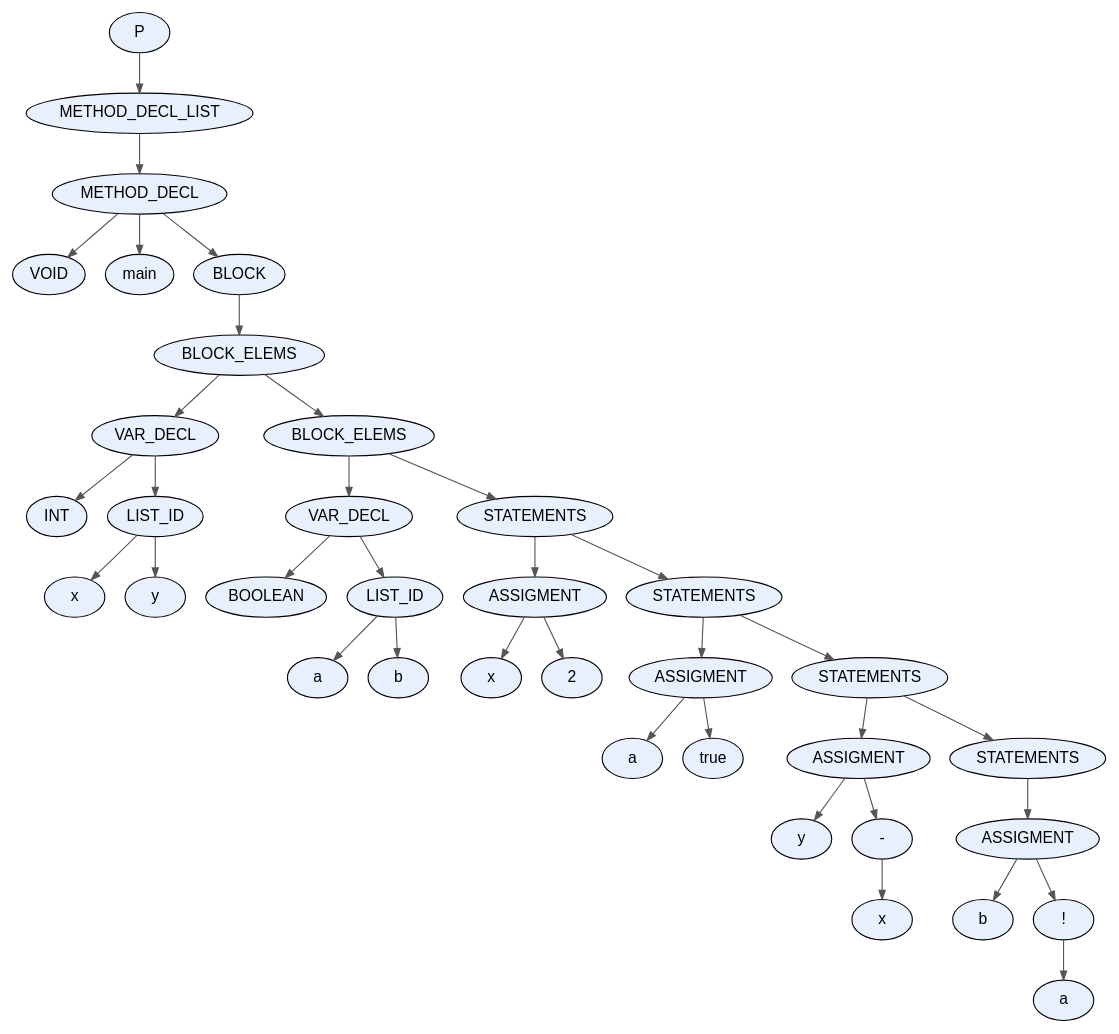
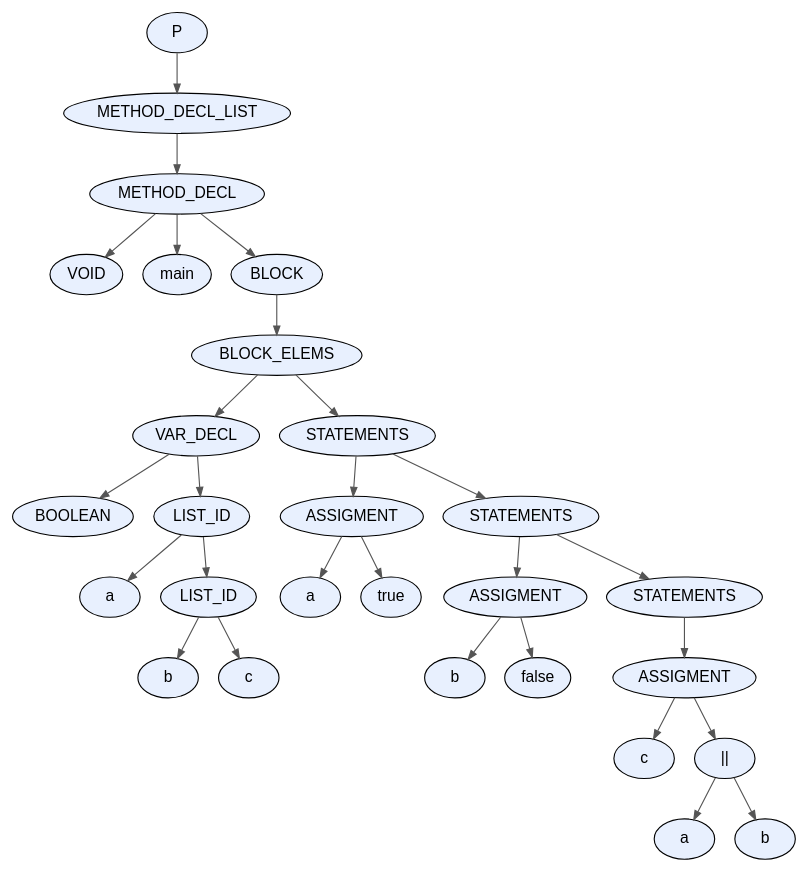
The diagram in proyecto/dot_files/test36.dot (facundo-dario-loser/TDS2026), drawn with Graphviz before and after one commit. The commit also changed 12 other files, not shown here.

```diff
--- a/proyecto/dot_files/test36.dot
+++ b/proyecto/dot_files/test36.dot
@@ -1,75 +1,59 @@
 digraph AST {
   node [fontname="Arial"];
   edge [arrowsize=0.8, color="#555555"];
-  "node_0x5b6b099d26d0" [label="P", style=filled, fillcolor="#E8F0FE", shape=ellipse, style="rounded,filled"];
-  "node_0x5b6b099d26d0" -> "node_0x5b6b099d2680";
-  "node_0x5b6b099d2680" [label="METHOD_DECL_LIST", style=filled, fillcolor="#E8F0FE", shape=ellipse, style="rounded,filled"];
-  "node_0x5b6b099d2680" -> "node_0x5b6b099d2630";
-  "node_0x5b6b099d2630" [label="METHOD_DECL", style=filled, fillcolor="#E8F0FE", shape=ellipse, style="rounded,filled"];
-  "node_0x5b6b099d2630" -> "node_0x5b6b099d2570";
-  "node_0x5b6b099d2570" [label="VOID", style=filled, fillcolor="#E8F0FE", shape=ellipse, style="rounded,filled"];
-  "node_0x5b6b099d2630" -> "node_0x5b6b099d25c0";
-  "node_0x5b6b099d25c0" [label="main", style=filled, fillcolor="#E8F0FE", shape=ellipse, style="rounded,filled"];
-  "node_0x5b6b099d2630" -> "node_0x5b6b099d2520";
-  "node_0x5b6b099d2520" [label="BLOCK", style=filled, fillcolor="#E8F0FE", shape=ellipse, style="rounded,filled"];
-  "node_0x5b6b099d2520" -> "node_0x5b6b099d24d0";
-  "node_0x5b6b099d24d0" [label="BLOCK_ELEMS", style=filled, fillcolor="#E8F0FE", shape=ellipse, style="rounded,filled"];
-  "node_0x5b6b099d24d0" -> "node_0x5b6b099d1b00";
-  "node_0x5b6b099d1b00" [label="VAR_DECL", style=filled, fillcolor="#E8F0FE", shape=ellipse, style="rounded,filled"];
-  "node_0x5b6b099d1b00" -> "node_0x5b6b099d1940";
-  "node_0x5b6b099d1940" [label="INT", style=filled, fillcolor="#E8F0FE", shape=ellipse, style="rounded,filled"];
-  "node_0x5b6b099d1b00" -> "node_0x5b6b099d1ab0";
-  "node_0x5b6b099d1ab0" [label="LIST_ID", style=filled, fillcolor="#E8F0FE", shape=ellipse, style="rounded,filled"];
-  "node_0x5b6b099d1ab0" -> "node_0x5b6b099d1a40";
-  "node_0x5b6b099d1a40" [label="x", style=filled, fillcolor="#E8F0FE", shape=ellipse, style="rounded,filled"];
-  "node_0x5b6b099d1ab0" -> "node_0x5b6b099d19d0";
-  "node_0x5b6b099d19d0" [label="y", style=filled, fillcolor="#E8F0FE", shape=ellipse, style="rounded,filled"];
-  "node_0x5b6b099d24d0" -> "node_0x5b6b099d2480";
-  "node_0x5b6b099d2480" [label="BLOCK_ELEMS", style=filled, fillcolor="#E8F0FE", shape=ellipse, style="rounded,filled"];
-  "node_0x5b6b099d2480" -> "node_0x5b6b099d1d10";
-  "node_0x5b6b099d1d10" [label="VAR_DECL", style=filled, fillcolor="#E8F0FE", shape=ellipse, style="rounded,filled"];
-  "node_0x5b6b099d1d10" -> "node_0x5b6b099d1b50";
-  "node_0x5b6b099d1b50" [label="BOOLEAN", style=filled, fillcolor="#E8F0FE", shape=ellipse, style="rounded,filled"];
-  "node_0x5b6b099d1d10" -> "node_0x5b6b099d1cc0";
-  "node_0x5b6b099d1cc0" [label="LIST_ID", style=filled, fillcolor="#E8F0FE", shape=ellipse, style="rounded,filled"];
-  "node_0x5b6b099d1cc0" -> "node_0x5b6b099d1c50";
-  "node_0x5b6b099d1c50" [label="a", style=filled, fillcolor="#E8F0FE", shape=ellipse, style="rounded,filled"];
-  "node_0x5b6b099d1cc0" -> "node_0x5b6b099d1be0";
-  "node_0x5b6b099d1be0" [label="b", style=filled, fillcolor="#E8F0FE", shape=ellipse, style="rounded,filled"];
-  "node_0x5b6b099d2480" -> "node_0x5b6b099d2430";
-  "node_0x5b6b099d2430" [label="STATEMENTS", style=filled, fillcolor="#E8F0FE", shape=ellipse, style="rounded,filled"];
-  "node_0x5b6b099d2430" -> "node_0x5b6b099d1e40";
-  "node_0x5b6b099d1e40" [label="ASSIGMENT", style=filled, fillcolor="#E8F0FE", shape=ellipse, style="rounded,filled"];
-  "node_0x5b6b099d1e40" -> "node_0x5b6b099d1dd0";
-  "node_0x5b6b099d1dd0" [label="x", style=filled, fillcolor="#E8F0FE", shape=ellipse, style="rounded,filled"];
-  "node_0x5b6b099d1e40" -> "node_0x5b6b099d1d80";
-  "node_0x5b6b099d1d80" [label="2", style=filled, fillcolor="#E8F0FE", shape=ellipse, style="rounded,filled"];
-  "node_0x5b6b099d2430" -> "node_0x5b6b099d23e0";
-  "node_0x5b6b099d23e0" [label="STATEMENTS", style=filled, fillcolor="#E8F0FE", shape=ellipse, style="rounded,filled"];
-  "node_0x5b6b099d23e0" -> "node_0x5b6b099d1f70";
-  "node_0x5b6b099d1f70" [label="ASSIGMENT", style=filled, fillcolor="#E8F0FE", shape=ellipse, style="rounded,filled"];
-  "node_0x5b6b099d1f70" -> "node_0x5b6b099d1f00";
-  "node_0x5b6b099d1f00" [label="a", style=filled, fillcolor="#E8F0FE", shape=ellipse, style="rounded,filled"];
-  "node_0x5b6b099d1f70" -> "node_0x5b6b099d1eb0";
-  "node_0x5b6b099d1eb0" [label="true", style=filled, fillcolor="#E8F0FE", shape=ellipse, style="rounded,filled"];
-  "node_0x5b6b099d23e0" -> "node_0x5b6b099d2390";
-  "node_0x5b6b099d2390" [label="STATEMENTS", style=filled, fillcolor="#E8F0FE", shape=ellipse, style="rounded,filled"];
-  "node_0x5b6b099d2390" -> "node_0x5b6b099d2130";
-  "node_0x5b6b099d2130" [label="ASSIGMENT", style=filled, fillcolor="#E8F0FE", shape=ellipse, style="rounded,filled"];
-  "node_0x5b6b099d2130" -> "node_0x5b6b099d20c0";
-  "node_0x5b6b099d20c0" [label="y", style=filled, fillcolor="#E8F0FE", shape=ellipse, style="rounded,filled"];
-  "node_0x5b6b099d2130" -> "node_0x5b6b099d2070";
-  "node_0x5b6b099d2070" [label="-", style=filled, fillcolor="#E8F0FE", shape=ellipse, style="rounded,filled"];
-  "node_0x5b6b099d2070" -> "node_0x5b6b099d2000";
-  "node_0x5b6b099d2000" [label="x", style=filled, fillcolor="#E8F0FE", shape=ellipse, style="rounded,filled"];
-  "node_0x5b6b099d2390" -> "node_0x5b6b099d2340";
-  "node_0x5b6b099d2340" [label="STATEMENTS", style=filled, fillcolor="#E8F0FE", shape=ellipse, style="rounded,filled"];
-  "node_0x5b6b099d2340" -> "node_0x5b6b099d22f0";
-  "node_0x5b6b099d22f0" [label="ASSIGMENT", style=filled, fillcolor="#E8F0FE", shape=ellipse, style="rounded,filled"];
-  "node_0x5b6b099d22f0" -> "node_0x5b6b099d2280";
-  "node_0x5b6b099d2280" [label="b", style=filled, fillcolor="#E8F0FE", shape=ellipse, style="rounded,filled"];
-  "node_0x5b6b099d22f0" -> "node_0x5b6b099d2230";
-  "node_0x5b6b099d2230" [label="!", style=filled, fillcolor="#E8F0FE", shape=ellipse, style="rounded,filled"];
-  "node_0x5b6b099d2230" -> "node_0x5b6b099d21c0";
-  "node_0x5b6b099d21c0" [label="a", style=filled, fillcolor="#E8F0FE", shape=ellipse, style="rounded,filled"];
+  "node_0x58dfa428c3d0" [label="P", style=filled, fillcolor="#E8F0FE", shape=ellipse, style="rounded,filled"];
+  "node_0x58dfa428c3d0" -> "node_0x58dfa428c380";
+  "node_0x58dfa428c380" [label="METHOD_DECL_LIST", style=filled, fillcolor="#E8F0FE", shape=ellipse, style="rounded,filled"];
+  "node_0x58dfa428c380" -> "node_0x58dfa428c330";
+  "node_0x58dfa428c330" [label="METHOD_DECL", style=filled, fillcolor="#E8F0FE", shape=ellipse, style="rounded,filled"];
+  "node_0x58dfa428c330" -> "node_0x58dfa428c270";
+  "node_0x58dfa428c270" [label="VOID", style=filled, fillcolor="#E8F0FE", shape=ellipse, style="rounded,filled"];
+  "node_0x58dfa428c330" -> "node_0x58dfa428c2c0";
+  "node_0x58dfa428c2c0" [label="main", style=filled, fillcolor="#E8F0FE", shape=ellipse, style="rounded,filled"];
+  "node_0x58dfa428c330" -> "node_0x58dfa428c220";
+  "node_0x58dfa428c220" [label="BLOCK", style=filled, fillcolor="#E8F0FE", shape=ellipse, style="rounded,filled"];
+  "node_0x58dfa428c220" -> "node_0x58dfa428c1d0";
+  "node_0x58dfa428c1d0" [label="BLOCK_ELEMS", style=filled, fillcolor="#E8F0FE", shape=ellipse, style="rounded,filled"];
+  "node_0x58dfa428c1d0" -> "node_0x58dfa428bbe0";
+  "node_0x58dfa428bbe0" [label="VAR_DECL", style=filled, fillcolor="#E8F0FE", shape=ellipse, style="rounded,filled"];
+  "node_0x58dfa428bbe0" -> "node_0x58dfa428b940";
+  "node_0x58dfa428b940" [label="BOOLEAN", style=filled, fillcolor="#E8F0FE", shape=ellipse, style="rounded,filled"];
+  "node_0x58dfa428bbe0" -> "node_0x58dfa428bb90";
+  "node_0x58dfa428bb90" [label="LIST_ID", style=filled, fillcolor="#E8F0FE", shape=ellipse, style="rounded,filled"];
+  "node_0x58dfa428bb90" -> "node_0x58dfa428bb20";
+  "node_0x58dfa428bb20" [label="a", style=filled, fillcolor="#E8F0FE", shape=ellipse, style="rounded,filled"];
+  "node_0x58dfa428bb90" -> "node_0x58dfa428bad0";
+  "node_0x58dfa428bad0" [label="LIST_ID", style=filled, fillcolor="#E8F0FE", shape=ellipse, style="rounded,filled"];
+  "node_0x58dfa428bad0" -> "node_0x58dfa428ba60";
+  "node_0x58dfa428ba60" [label="b", style=filled, fillcolor="#E8F0FE", shape=ellipse, style="rounded,filled"];
+  "node_0x58dfa428bad0" -> "node_0x58dfa428b9f0";
+  "node_0x58dfa428b9f0" [label="c", style=filled, fillcolor="#E8F0FE", shape=ellipse, style="rounded,filled"];
+  "node_0x58dfa428c1d0" -> "node_0x58dfa428c180";
+  "node_0x58dfa428c180" [label="STATEMENTS", style=filled, fillcolor="#E8F0FE", shape=ellipse, style="rounded,filled"];
+  "node_0x58dfa428c180" -> "node_0x58dfa428bd10";
+  "node_0x58dfa428bd10" [label="ASSIGMENT", style=filled, fillcolor="#E8F0FE", shape=ellipse, style="rounded,filled"];
+  "node_0x58dfa428bd10" -> "node_0x58dfa428bca0";
+  "node_0x58dfa428bca0" [label="a", style=filled, fillcolor="#E8F0FE", shape=ellipse, style="rounded,filled"];
+  "node_0x58dfa428bd10" -> "node_0x58dfa428bc50";
+  "node_0x58dfa428bc50" [label="true", style=filled, fillcolor="#E8F0FE", shape=ellipse, style="rounded,filled"];
+  "node_0x58dfa428c180" -> "node_0x58dfa428c130";
+  "node_0x58dfa428c130" [label="STATEMENTS", style=filled, fillcolor="#E8F0FE", shape=ellipse, style="rounded,filled"];
+  "node_0x58dfa428c130" -> "node_0x58dfa428be40";
+  "node_0x58dfa428be40" [label="ASSIGMENT", style=filled, fillcolor="#E8F0FE", shape=ellipse, style="rounded,filled"];
+  "node_0x58dfa428be40" -> "node_0x58dfa428bdd0";
+  "node_0x58dfa428bdd0" [label="b", style=filled, fillcolor="#E8F0FE", shape=ellipse, style="rounded,filled"];
+  "node_0x58dfa428be40" -> "node_0x58dfa428bd80";
+  "node_0x58dfa428bd80" [label="false", style=filled, fillcolor="#E8F0FE", shape=ellipse, style="rounded,filled"];
+  "node_0x58dfa428c130" -> "node_0x58dfa428c0e0";
+  "node_0x58dfa428c0e0" [label="STATEMENTS", style=filled, fillcolor="#E8F0FE", shape=ellipse, style="rounded,filled"];
+  "node_0x58dfa428c0e0" -> "node_0x58dfa428c090";
+  "node_0x58dfa428c090" [label="ASSIGMENT", style=filled, fillcolor="#E8F0FE", shape=ellipse, style="rounded,filled"];
+  "node_0x58dfa428c090" -> "node_0x58dfa428c020";
+  "node_0x58dfa428c020" [label="c", style=filled, fillcolor="#E8F0FE", shape=ellipse, style="rounded,filled"];
+  "node_0x58dfa428c090" -> "node_0x58dfa428bfd0";
+  "node_0x58dfa428bfd0" [label="||", style=filled, fillcolor="#E8F0FE", shape=ellipse, style="rounded,filled"];
+  "node_0x58dfa428bfd0" -> "node_0x58dfa428bed0";
+  "node_0x58dfa428bed0" [label="a", style=filled, fillcolor="#E8F0FE", shape=ellipse, style="rounded,filled"];
+  "node_0x58dfa428bfd0" -> "node_0x58dfa428bf60";
+  "node_0x58dfa428bf60" [label="b", style=filled, fillcolor="#E8F0FE", shape=ellipse, style="rounded,filled"];
 }
```
